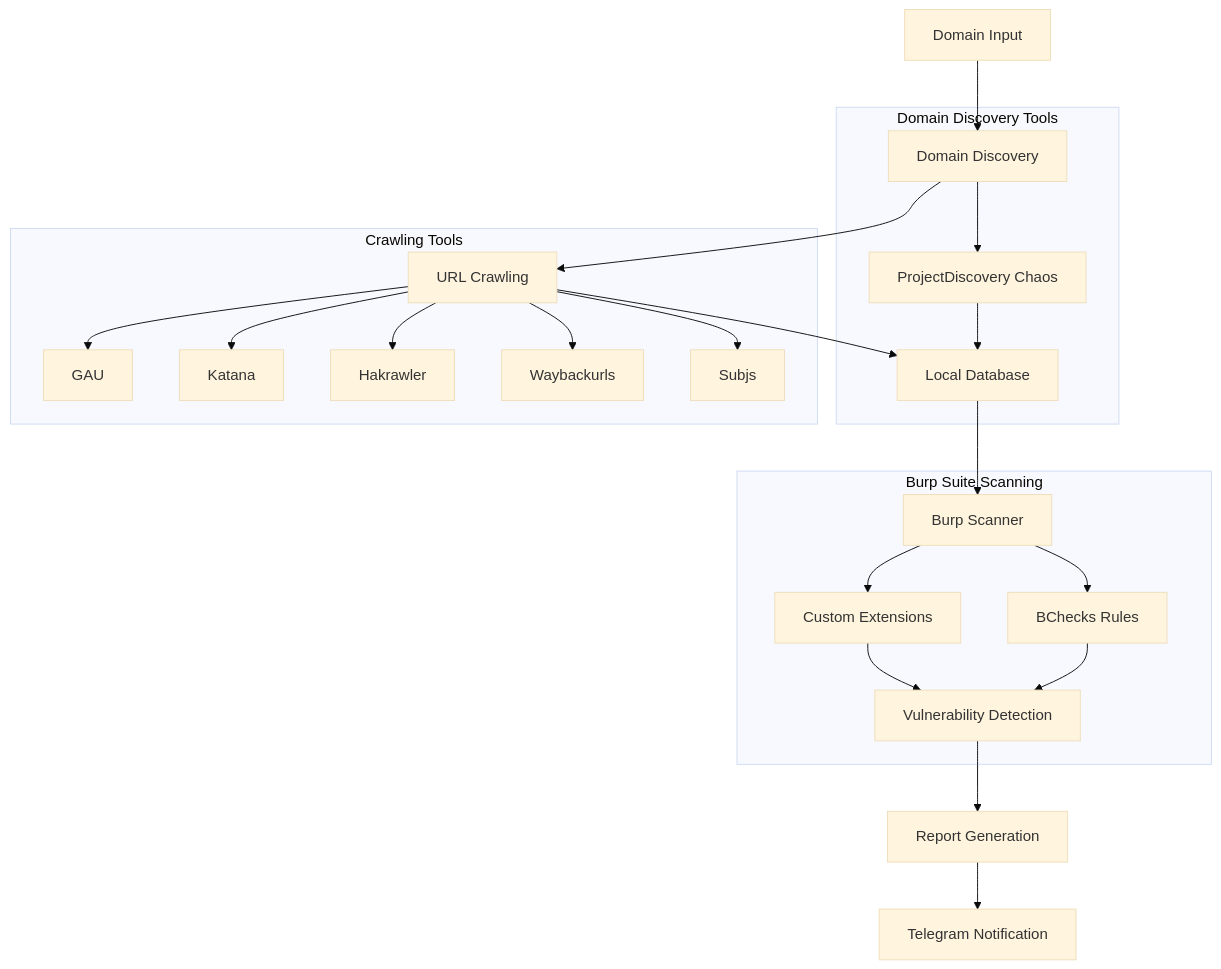
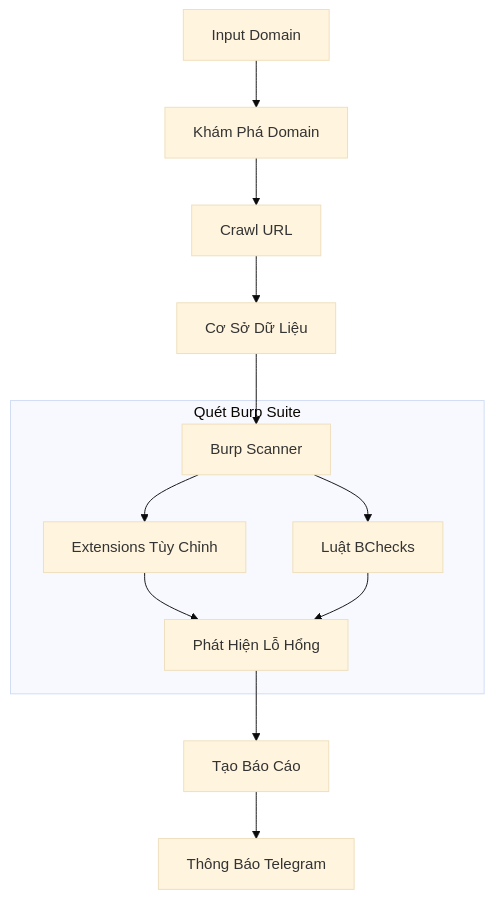
Before and after one commit to w0rkd4tt/Sharingan: the first of 2 diagrams in README.md, drawn with Mermaid (base theme). The commit also changed other lines of this file and 48 other files, not shown here.

````diff
--- a/README.md
+++ b/README.md
@@ -17,30 +11,17 @@
 ```mermaid
 graph TD
-    A[Domain Input] --> B[Domain Discovery]
-    B --> C[URL Crawling]
-    C --> D[Local Database]
+    A[Input Domain] --> B[Khám Phá Domain]
+    B --> C[Crawl URL]
+    C --> D[Cơ Sở Dữ Liệu]
     D --> E[Burp Scanner]
     
-    subgraph "Burp Suite Scanning"
-        E --> E1[Custom Extensions]
-        E --> E2[BChecks Rules]
-        E1 --> E3[Vulnerability Detection]
+    subgraph "Quét Burp Suite"
+        E --> E1[Extensions Tùy Chỉnh]
+        E --> E2[Luật BChecks]
+        E1 --> E3[Phát Hiện Lỗ Hổng]
         E2 --> E3
     end
     
-    E3 --> F[Report Generation]
-    F --> G[Telegram Notification]
-    
-    subgraph "Domain Discovery Tools"
-        B --> B1[ProjectDiscovery Chaos]
-        B1 --> D[Local Database]
-    end
-    
-    subgraph "Crawling Tools"
-        C --> C1[GAU]
-        C --> C2[Katana]
-        C --> C3[Hakrawler]
-        C --> C4[Waybackurls]
-        C --> C5[Subjs]
-    end
+    E3 --> F[Tạo Báo Cáo]
+    F --> G[Thông Báo Telegram]
 ```
````
